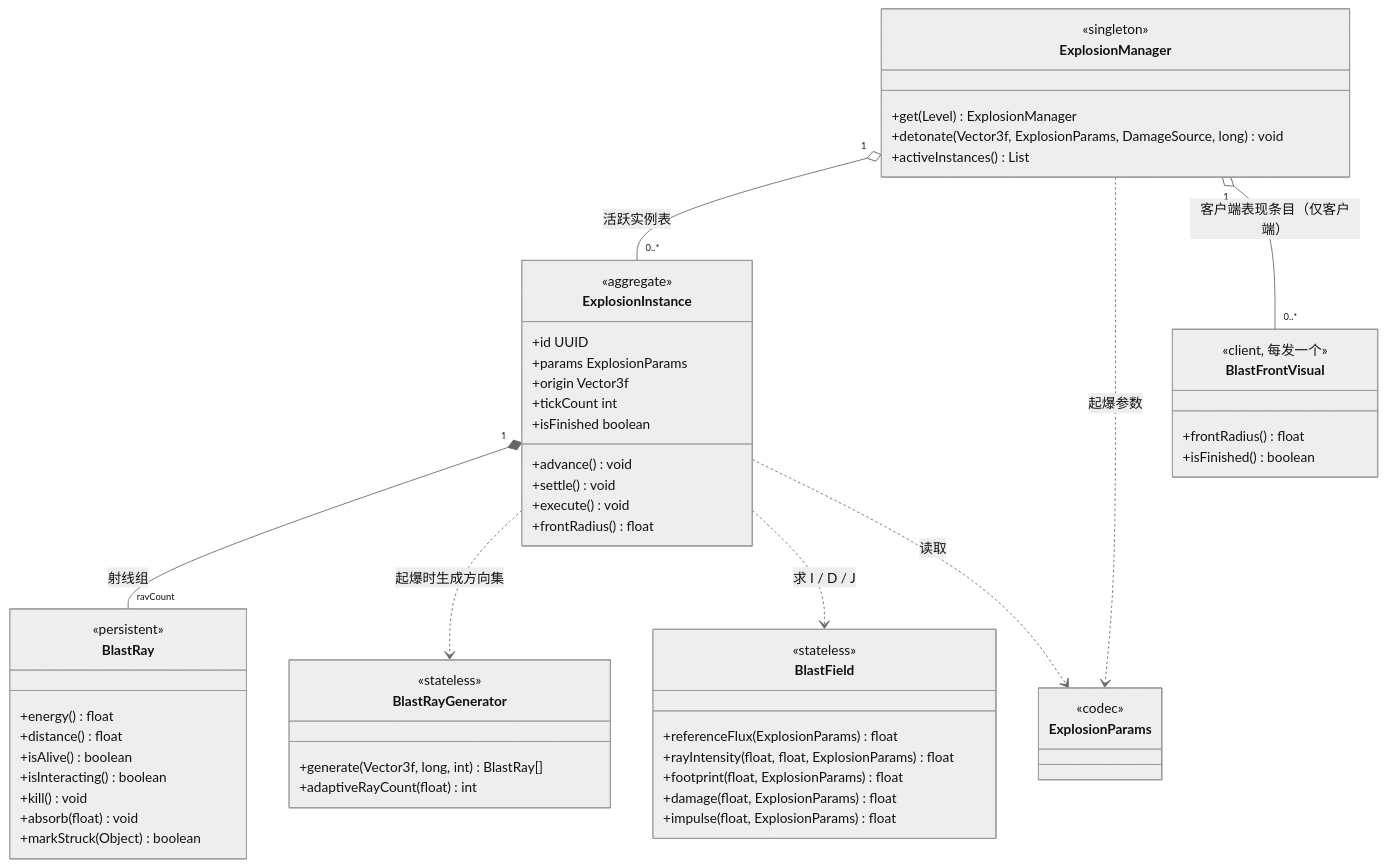
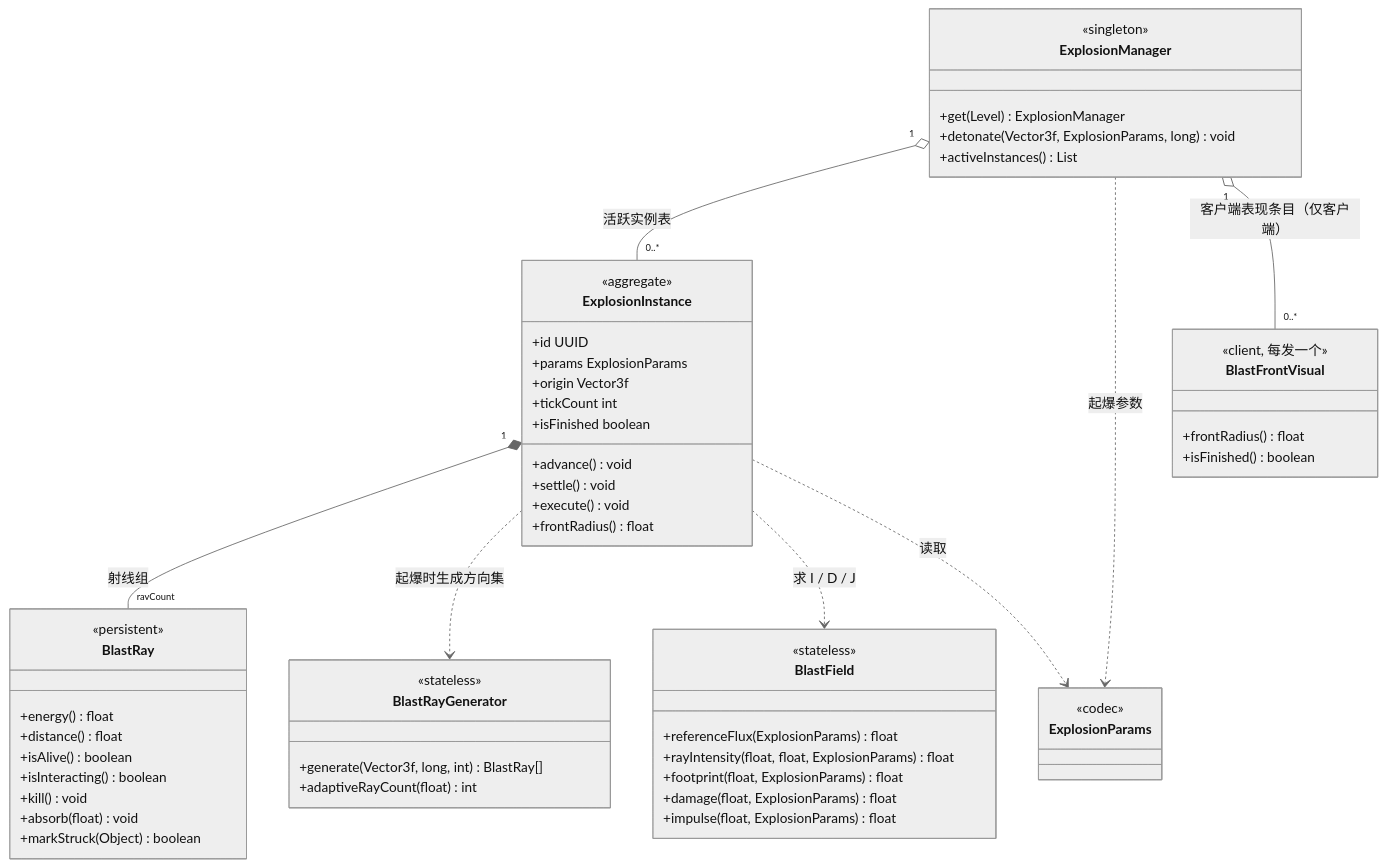
One commit to Sweetzonzi/Machine-Max changed the first of 4 diagrams in docs/plan/已实现/武器系统-爆炸系统接口设计.md. Above: the diagram before and after it, drawn with Mermaid (neutral theme). The commit also changed other lines of this file and 21 other files, not shown here.

Commit message:
伤害类型可配置化：投射物新增 machine_max:projectile 并作弹种缺省，爆炸按 params.damage_type 选型（detonate 内部解析伤害源），并补齐三类伤害的死亡信息与文档

````diff
--- a/docs/plan/已实现/武器系统-爆炸系统接口设计.md
+++ b/docs/plan/已实现/武器系统-爆炸系统接口设计.md
@@ -41,68 +41,68 @@
 ```mermaid
 classDiagram
     direction TB
 
     class ExplosionManager {
         <<singleton>>
         +get(Level) ExplosionManager
-        +detonate(Vector3f, ExplosionParams, DamageSource, long) void
+        +detonate(Vector3f, ExplosionParams, long) void
         +activeInstances() List
     }
 
     class ExplosionInstance {
         <<aggregate>>
         +id UUID
         +params ExplosionParams
         +origin Vector3f
         +tickCount int
         +advance() void
         +settle() void
         +execute() void
         +isFinished boolean
         +frontRadius() float
     }
 
     class BlastRay {
         <<persistent>>
         +energy() float
         +distance() float
         +isAlive() boolean
         +isInteracting() boolean
         +kill() void
         +absorb(float) void
         +markStruck(Object) boolean
     }
 
     class BlastRayGenerator {
         <<stateless>>
         +generate(Vector3f, long, int) BlastRay[]
         +adaptiveRayCount(float) int
     }
 
     class BlastField {
         <<stateless>>
         +referenceFlux(ExplosionParams) float
         +rayIntensity(float, float, ExplosionParams) float
         +footprint(float, ExplosionParams) float
         +damage(float, ExplosionParams) float
         +impulse(float, ExplosionParams) float
     }
 
     class BlastFrontVisual {
         <<client, 每发一个>>
         +frontRadius() float
         +isFinished() boolean
     }
 
     class ExplosionParams {
         <<codec>>
     }
 
     ExplosionManager "1" o-- "0..*" ExplosionInstance : 活跃实例表
     ExplosionManager ..> ExplosionParams : 起爆参数
     ExplosionInstance "1" *-- "rayCount" BlastRay : 射线组
     ExplosionInstance ..> BlastRayGenerator : 起爆时生成方向集
     ExplosionInstance ..> BlastField : 求 I / D / J
     ExplosionInstance ..> ExplosionParams : 读取
     ExplosionManager "1" o-- "0..*" BlastFrontVisual : 客户端表现条目（仅客户端）
 ```
````
